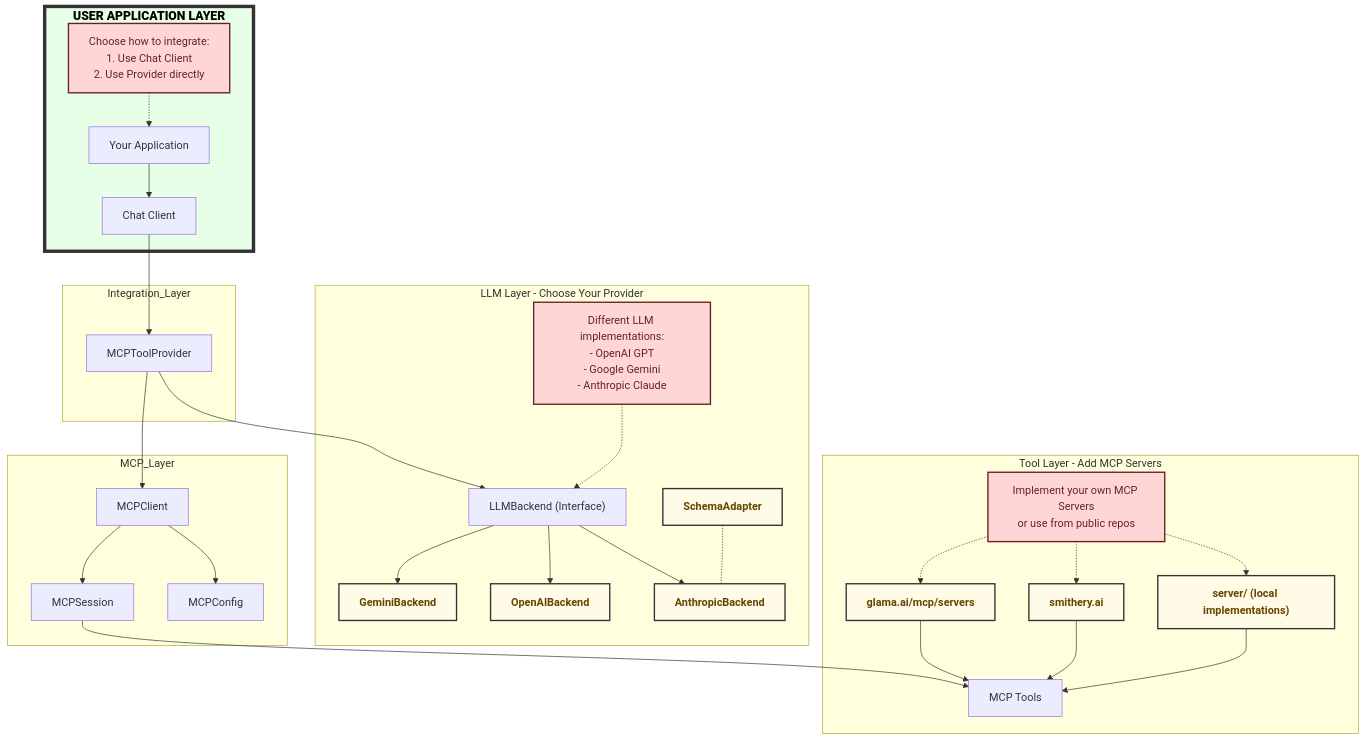
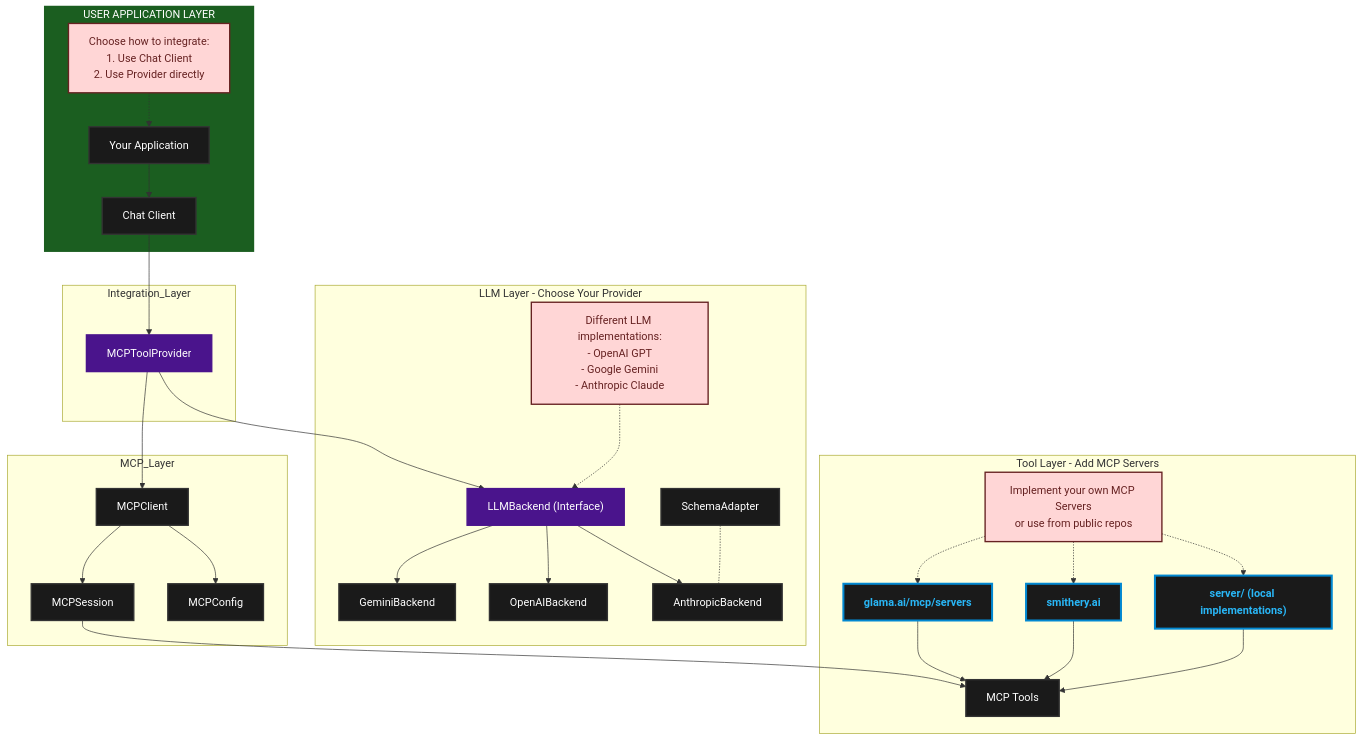
One commit to beanone/agentical changed the diagram in README.md. Above: the diagram before and after it, drawn with Mermaid. The commit also changed other lines of this file and 1 other file, not shown here.

Commit message:
Updated the design diagrams

````diff
--- a/README.md
+++ b/README.md
@@ -214,79 +218,73 @@
 ```mermaid
 graph TD
     subgraph Application_Layer["USER APPLICATION LAYER"]
         App[Your Application]
         Chat[Chat Client]
         App --> Chat
         note1[Choose how to integrate:<br/>1. Use Chat Client<br/>2. Use Provider directly]
         note1 -.-> App
     end
 
     subgraph Integration_Layer
         Provider[MCPToolProvider]
         Chat --> Provider
     end
 
     subgraph MCP_Layer
         MCP[MCPClient]
         Session[MCPSession]
         Config[MCPConfig]
         MCP --> Session
         MCP --> Config
         Provider --> MCP
     end
 
     subgraph LLM_Layer[LLM Layer - Choose Your Provider]
         LLMBackend["LLMBackend (Interface)"]
         Adapter[SchemaAdapter]
         
         Gemini[GeminiBackend]
         OpenAI[OpenAIBackend]
         Anthropic[AnthropicBackend]
         
         LLMBackend --> Gemini
         LLMBackend --> OpenAI
         LLMBackend --> Anthropic
         Adapter -.- Anthropic
         Provider --> LLMBackend
         
         note2[Different LLM implementations:<br/>- OpenAI GPT<br/>- Google Gemini<br/>- Anthropic Claude]
         note2 -.-> LLMBackend
     end
 
     subgraph Tool_Layer[Tool Layer - Add MCP Servers]
         Tools[MCP Tools]
         Session --> Tools
         GlamaLink["glama.ai/mcp/servers"]
         SmitheryLink["smithery.ai"]
         CustomTools["server/ (local implementations)"]
         note3[Implement your own MCP Servers<br/>or use from public repos]
         note3 -.-> GlamaLink
         note3 -.-> SmitheryLink
         note3 -.-> CustomTools
         GlamaLink --> Tools
         SmitheryLink --> Tools
         CustomTools --> Tools
     end
 
-    classDef userLayer fill:#e6ffe6,stroke:#333,stroke-width:5px,color:#000,font-weight:900,font-size:18px
-    classDef note fill:#ffd6d6,stroke:#662222,stroke-width:2px,color:#662222
-    classDef implementation fill:#fffbe6,stroke:#333,stroke-width:2px,color:#664400,font-weight:bold
-    classDef link fill:#fffbe6,stroke:#333,stroke-width:2px,color:#664400,font-weight:bold
+    classDef default fill:#1a1a1a,stroke:#333,stroke-width:2px,color:#fff;
+    classDef focus fill:#4a148c,stroke:#4a148c,stroke-width:2px,color:#fff;
+    classDef active fill:#1b5e20,stroke:#1b5e20,stroke-width:2px,color:#fff;
+    classDef note fill:#ffd6d6,stroke:#662222,stroke-width:2px,color:#662222;
+    classDef link fill:#1a1a1a,stroke:#0288d1,stroke-width:3px,color:#29b6f6,font-weight:bold;
 
-    class Application_Layer userLayer
-    class LLMBackend interface
-    class note1 note
-    class note2 note
-    class note3 note
-    class Gemini implementation
-    class OpenAI implementation
-    class Anthropic implementation
-    class Adapter implementation
-    class GlamaLink link
-    class SmitheryLink link
-    class CustomTools link
+    class App,Chat,MCP,Session,Config,Adapter,Gemini,OpenAI,Anthropic,Tools default;
+    class Provider,LLMBackend focus;
+    class note1,note2,note3 note;
+    class Application_Layer active;
+    class GlamaLink,SmitheryLink,CustomTools link;
 
     click GlamaLink "https://glama.ai/mcp/servers" _blank
     click SmitheryLink "https://smithery.ai" _blank
     click CustomTools "https://github.com/beanone/agentical/tree/main/server" _blank
 ```
````
